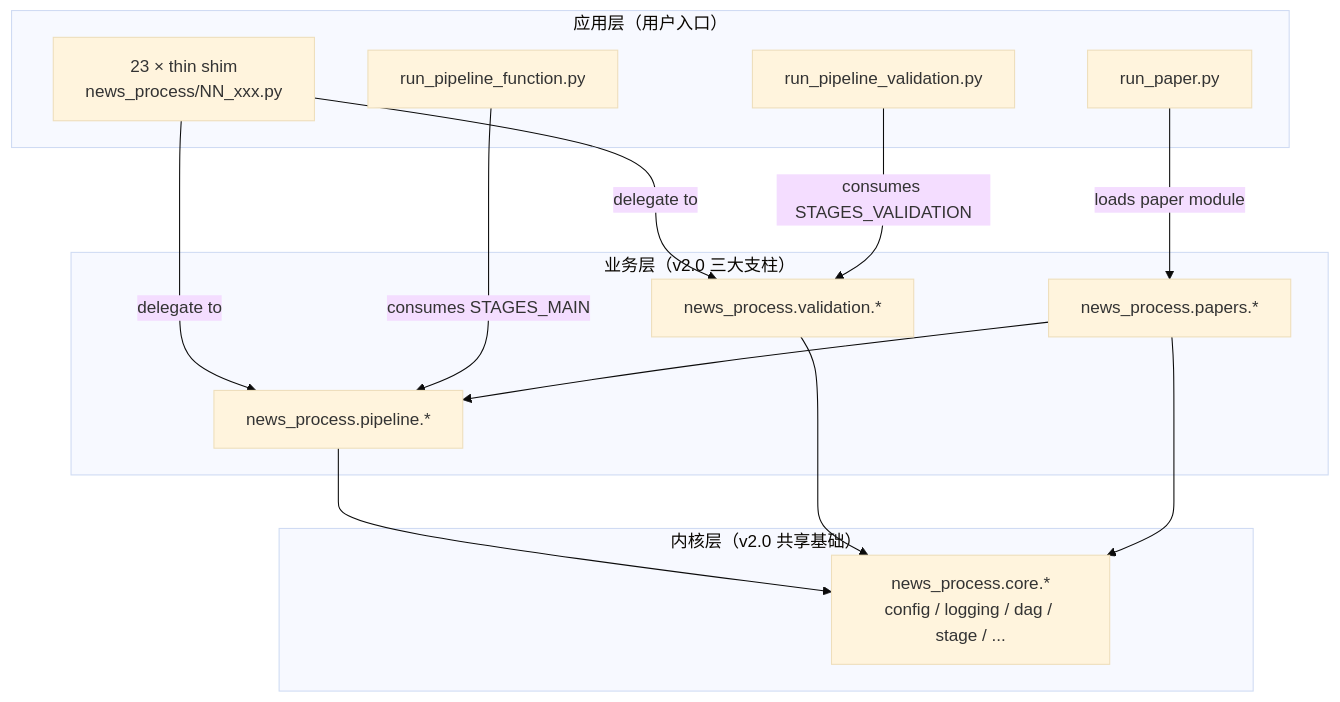
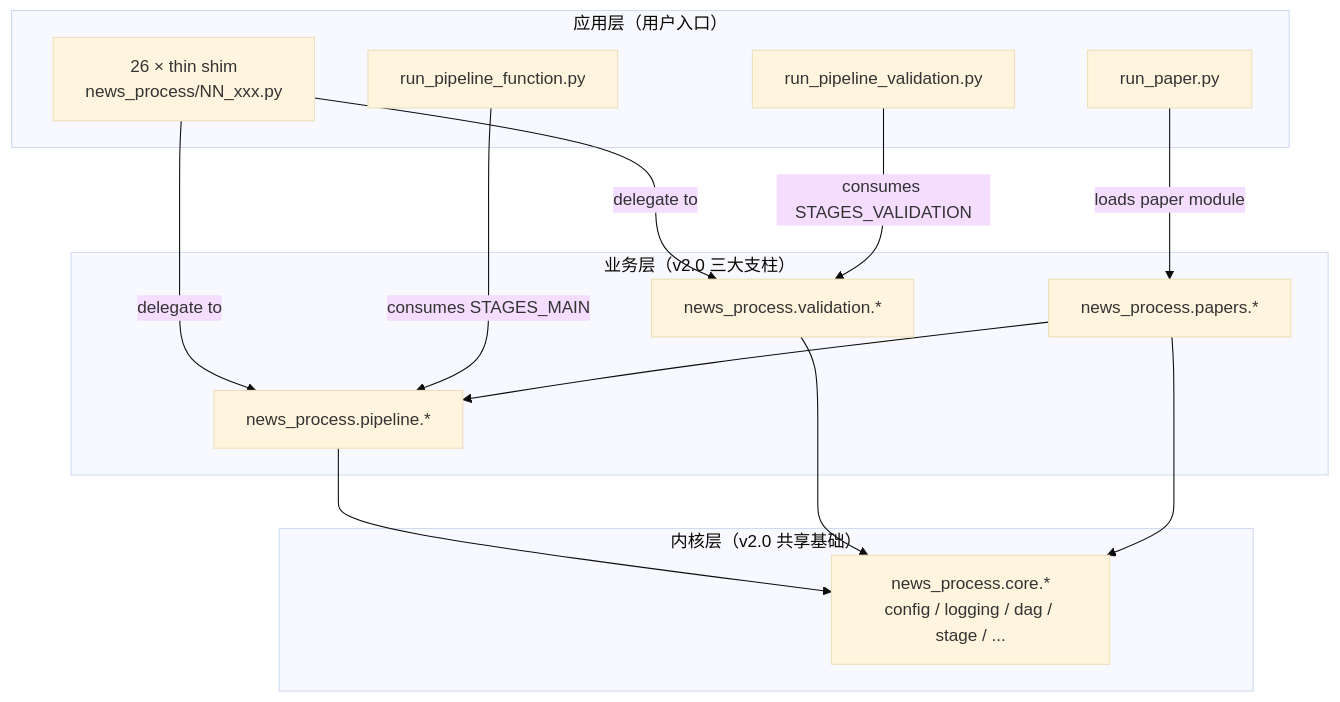
Before and after one commit to lizhenbimsa/data_antigravity_project: the first of 2 diagrams in docs/architecture.md, drawn with Mermaid (base theme). The commit also changed other lines of this file and 1 other file, not shown here.

Commit message:
docs: revert shim count 26->23, the original 26 was correct
V7 commits fa952ce + 320969f rewrote shim count from 26 to 23 across
CLAUDE.md and docs/architecture.md. That edit was wrong: my regex
`^\d{2}_` for inventory only matched 2-digit prefixes and silently
dropped the 3 lettered variants:
  - 32a_dedup_threshold_sensitivity.py
  - 38a_temporal_mask_test.py
  - 38b_decay_sensitivity.py

Verified count with `^\d{2}[a-z]?_` -> 26 shims (matches the
historical record across CHANGELOG, news_process/__init__.py, and
docs/guides/thin_shim_pattern.md, all of which always said 26).

Restoring:
  - CLAUDE.md L44 + L172: 23 -> 26 (with NN range annotation including
    32a/38a/38b for clarity)
  - docs/architecture.md L15 + L38: 23 -> 26

The path/location/EOL fixes from fa952ce + 320969f remain (NN_*.py vs
XX_*.py, news_process/ location, binary-only .gitattributes claim).
Only the count was wrong.

Found while executing S5 (Tier S: thin_shim_pattern.md consistency)
in the post-Wave-1 sweep -- attempting to update the retirement plan
revealed the regex bug.

````diff
--- a/docs/architecture.md
+++ b/docs/architecture.md
@@ -35,30 +35,30 @@
 ```{mermaid}
 graph TB
     subgraph "应用层（用户入口）"
-        RootShim[23 × thin shim<br/>news_process/NN_xxx.py]
+        RootShim[26 × thin shim<br/>news_process/NN_xxx.py]
         RunMain[run_pipeline_function.py]
         RunVal[run_pipeline_validation.py]
         RunPaper[run_paper.py]
     end
 
     subgraph "业务层（v2.0 三大支柱）"
         Pipeline[news_process.pipeline.*]
         Validation[news_process.validation.*]
         Papers[news_process.papers.*]
     end
 
     subgraph "内核层（v2.0 共享基础）"
         Core[news_process.core.*<br/>config / logging / dag / stage / ...]
     end
 
     RootShim -->|delegate to| Pipeline
     RootShim -->|delegate to| Validation
     RunMain -->|consumes STAGES_MAIN| Pipeline
     RunVal -->|consumes STAGES_VALIDATION| Validation
     RunPaper -->|loads paper module| Papers
 
     Pipeline --> Core
     Validation --> Core
     Papers --> Core
     Papers --> Pipeline
 ```
````
